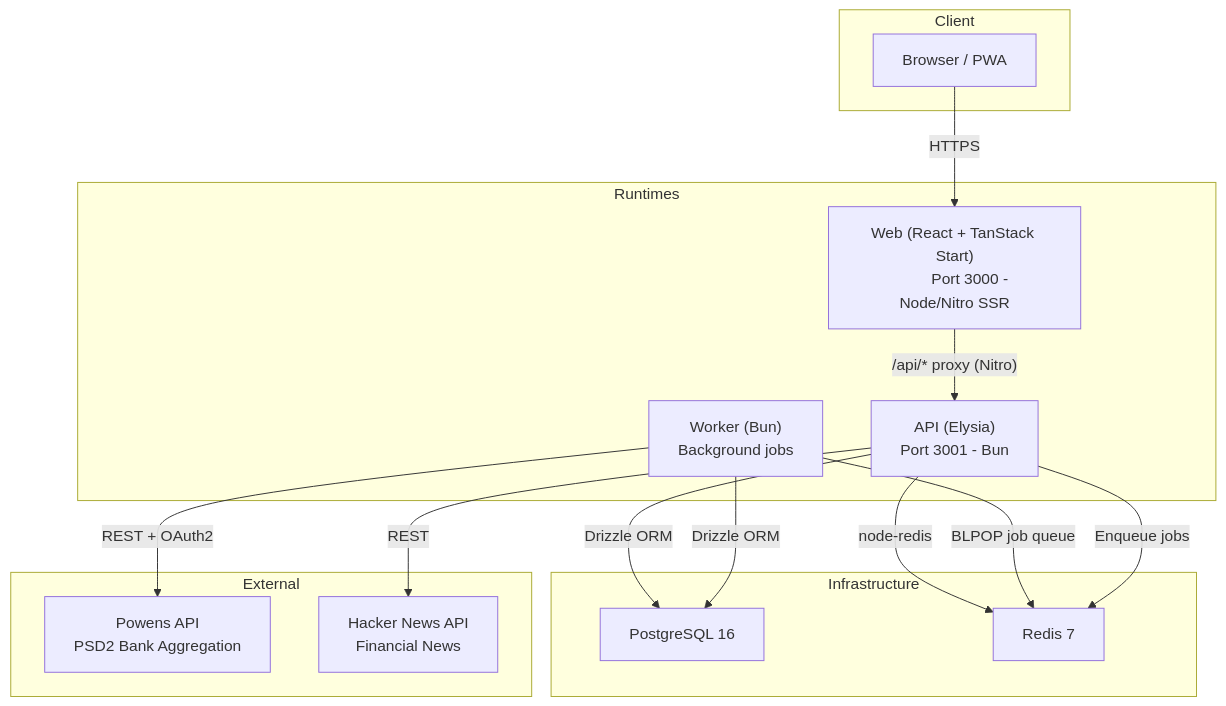
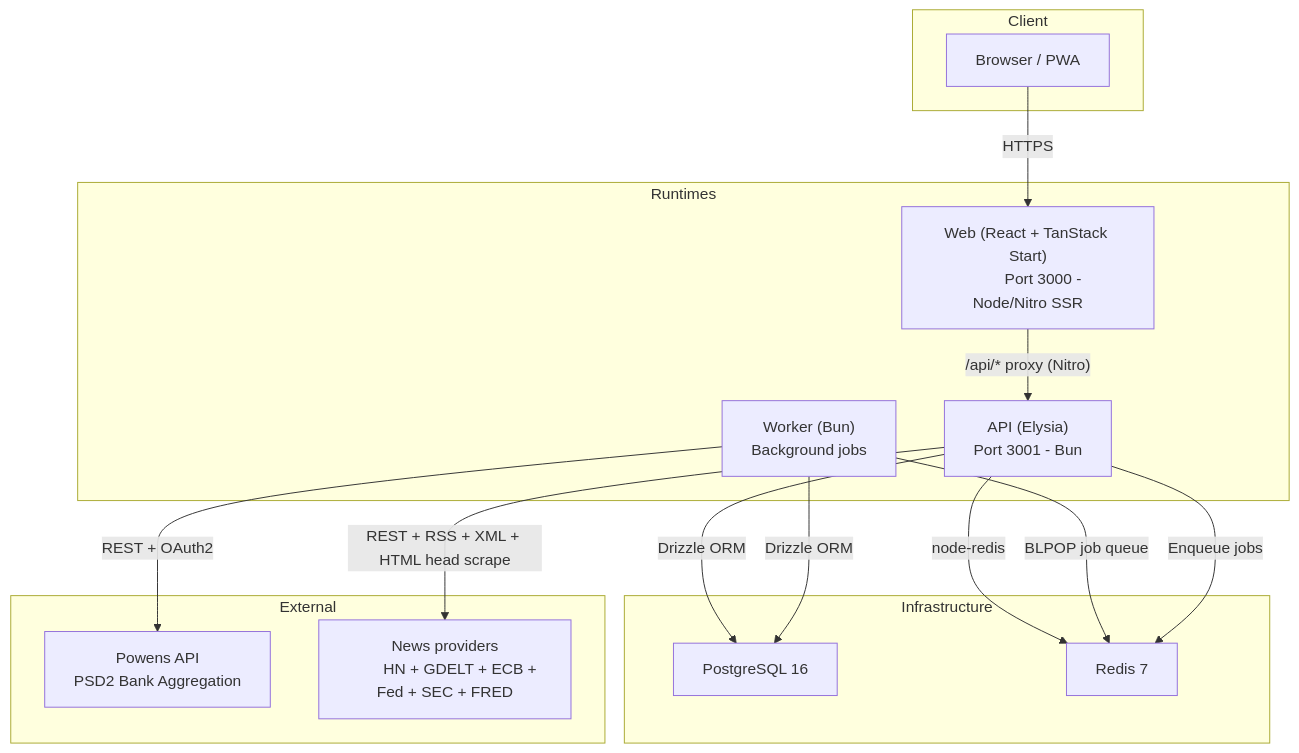
One commit to BigZoo92/finance-os changed the first of 6 diagrams in docs/context/STACK.md. Above: the diagram before and after it, drawn with Mermaid. The commit also changed other lines of this file and 84 other files, not shown here.

````diff
--- a/docs/context/STACK.md
+++ b/docs/context/STACK.md
@@ -14,37 +14,37 @@
 ```mermaid
 graph TB
     subgraph "Client"
         Browser["Browser / PWA"]
     end
 
     subgraph "Runtimes"
         Web["Web (React + TanStack Start)
         Port 3000 - Node/Nitro SSR"]
         API["API (Elysia)
         Port 3001 - Bun"]
         Worker["Worker (Bun)
         Background jobs"]
     end
 
     subgraph "Infrastructure"
         PG["PostgreSQL 16"]
         Redis["Redis 7"]
     end
 
     subgraph "External"
         Powens["Powens API
         PSD2 Bank Aggregation"]
-        HN["Hacker News API
-        Financial News"]
+        NewsProviders["News providers
+        HN + GDELT + ECB + Fed + SEC + FRED"]
     end
 
     Browser -->|"HTTPS"| Web
     Web -->|"/api/* proxy (Nitro)"| API
     API -->|"Drizzle ORM"| PG
     API -->|"node-redis"| Redis
     Worker -->|"Drizzle ORM"| PG
     Worker -->|"BLPOP job queue"| Redis
     Worker -->|"REST + OAuth2"| Powens
-    API -->|"REST"| HN
+    API -->|"REST + RSS + XML + HTML head scrape"| NewsProviders
     API -->|"Enqueue jobs"| Redis
 ```
````
